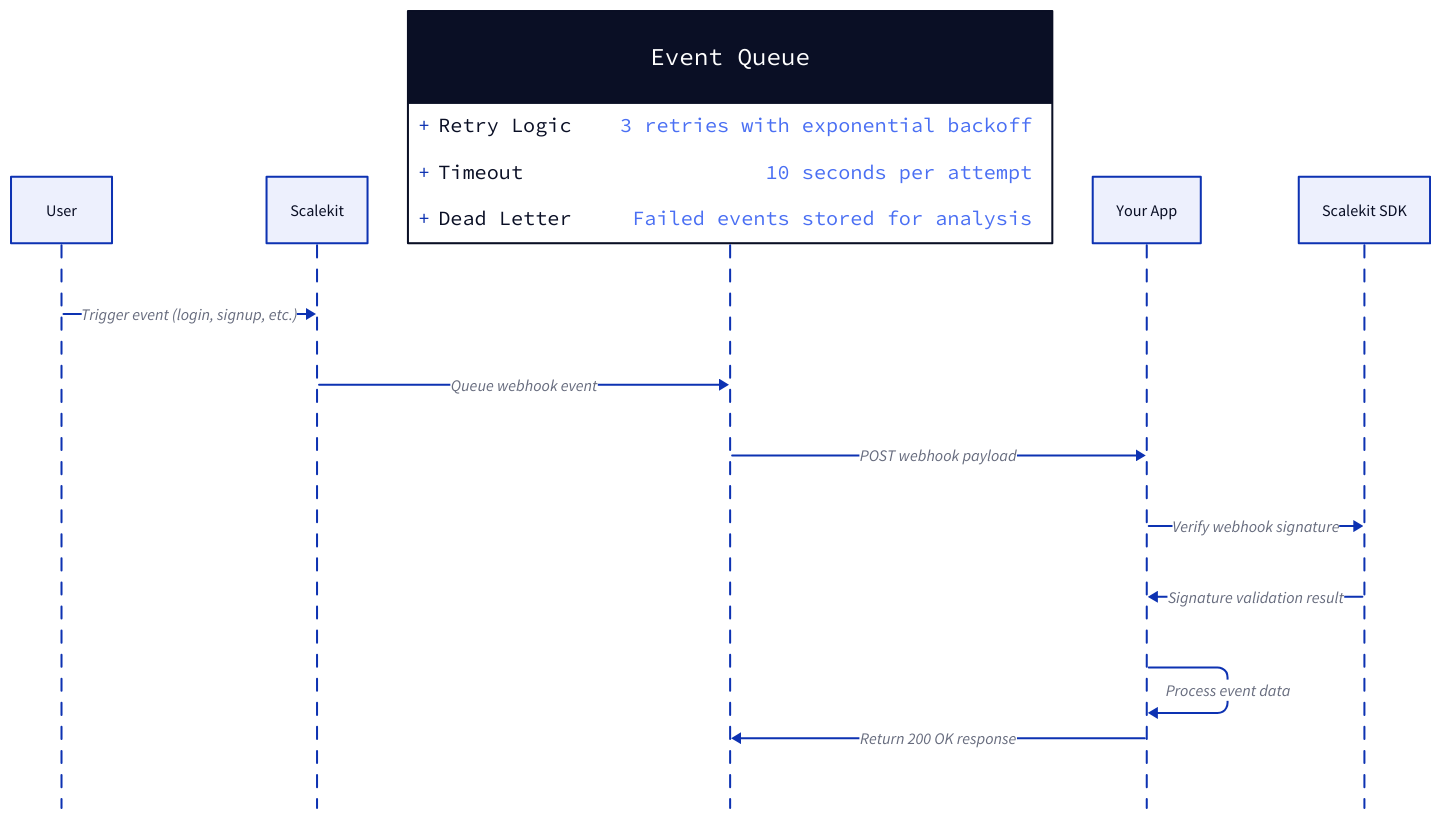
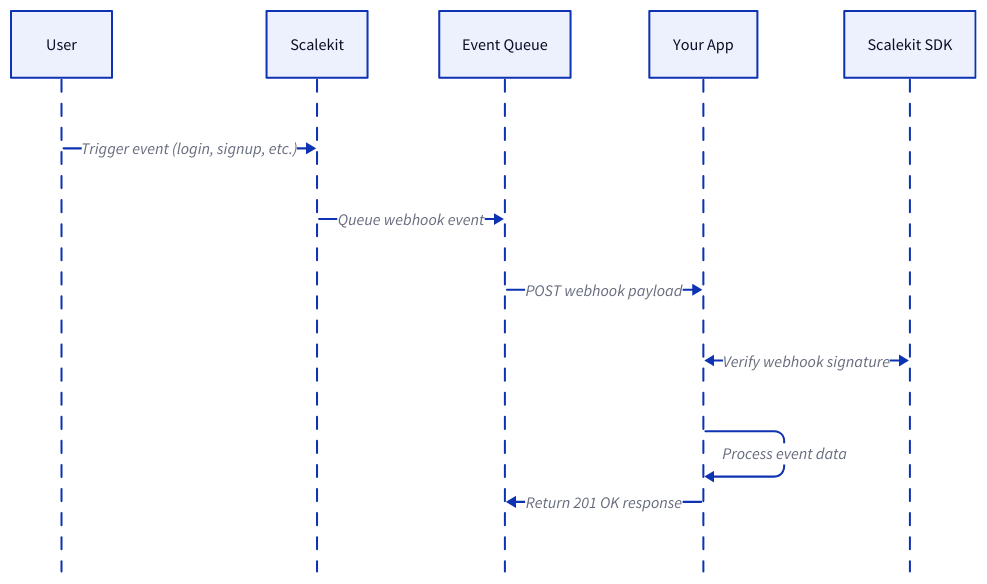
One commit to scalekit-inc/developer-docs changed the diagram in src/content/docs/authenticate/implement-workflows/listen-to-webhooks.mdx. Above: the diagram before and after it, drawn with D2. The commit also changed other lines of this file and 1 other file, not shown here.

Commit message:
docs: update webhook workflow SVG and improve documentation
- Update SVG diagram for webhook workflow to reflect new design elements and dimensions
- Change details tag to remain open for better visibility of the webhook flow
- Adjust sequence diagram to clarify the interaction between the application and Scalekit SDK
- Enhance overall documentation clarity and user experience

````diff
--- a/src/content/docs/authenticate/implement-workflows/listen-to-webhooks.mdx
+++ b/src/content/docs/authenticate/implement-workflows/listen-to-webhooks.mdx
@@ -37,18 +37,11 @@
 ```d2
 shape: sequence_diagram
 
 User -> Scalekit: Trigger event (login, signup, etc.)
 Scalekit -> Event Queue: Queue webhook event
 Event Queue -> Your App: POST webhook payload
-Your App -> Scalekit SDK: Verify webhook signature
-Scalekit SDK -> Your App: Signature validation result
+Your App <> Scalekit SDK: Verify webhook signature
 Your App -> Your App: Process event data
-Your App -> Event Queue: Return 200 OK response
+Your App -> Event Queue: Return 201 OK response
 
-Event Queue: {
-  shape: class
-  Retry Logic: "3 retries with exponential backoff"
-  Timeout: "10 seconds per attempt"
-  Dead Letter: "Failed events stored for analysis"
-}
 ```
````
